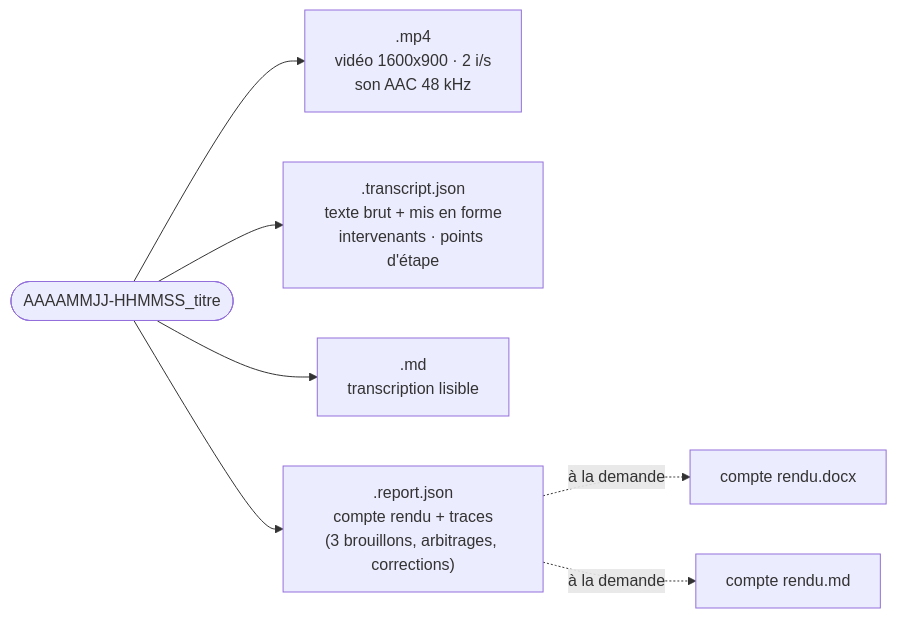
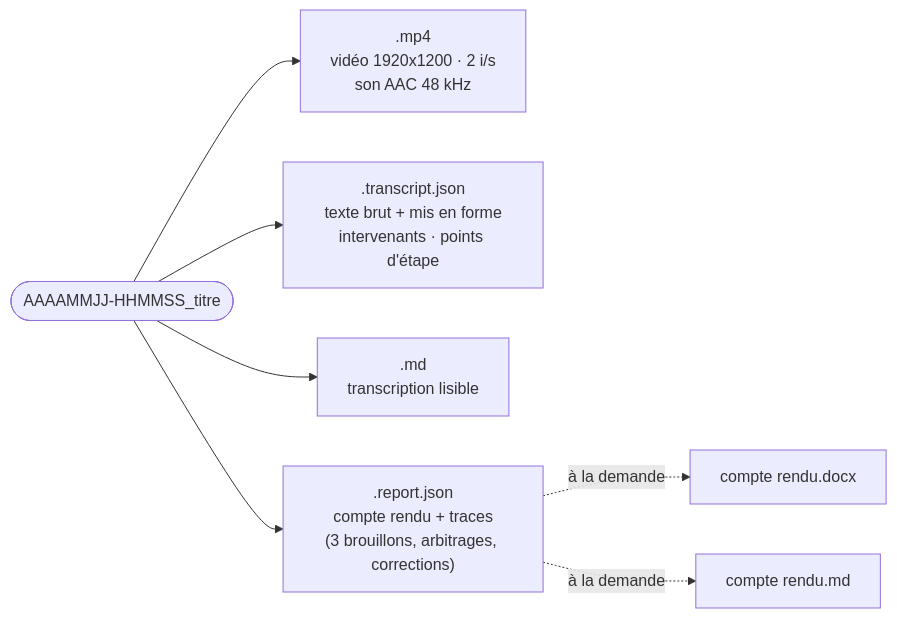
Before and after one commit to VincentMorhet/OmniConf: the sixth of 7 diagrams in docs/ARCHITECTURE.md, drawn with Mermaid. The commit also changed other lines of this file and 7 other files, not shown here.

````diff
--- a/docs/ARCHITECTURE.md
+++ b/docs/ARCHITECTURE.md
@@ -216,9 +216,9 @@
 ```mermaid
 flowchart LR
-    S(["AAAAMMJJ-HHMMSS_titre"]) --> MP4[".mp4<br/>vidéo 1600x900 · 2 i/s<br/>son AAC 48 kHz"]
+    S(["AAAAMMJJ-HHMMSS_titre"]) --> MP4[".mp4<br/>vidéo 1920x1200 · 2 i/s<br/>son AAC 48 kHz"]
     S --> TJ[".transcript.json<br/>texte brut + mis en forme<br/>intervenants · points d'étape"]
     S --> MD[".md<br/>transcription lisible"]
     S --> RJ[".report.json<br/>compte rendu + traces<br/>(3 brouillons, arbitrages, corrections)"]
     RJ -. "à la demande" .-> DOCX["compte rendu.docx"]
     RJ -. "à la demande" .-> CRMD["compte rendu.md"]
 ```
````
